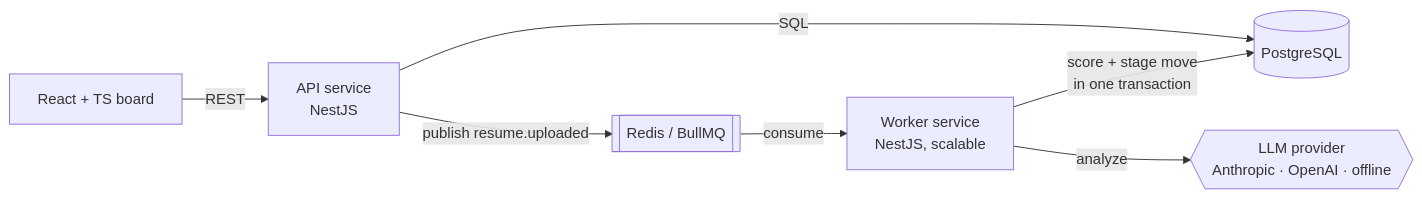
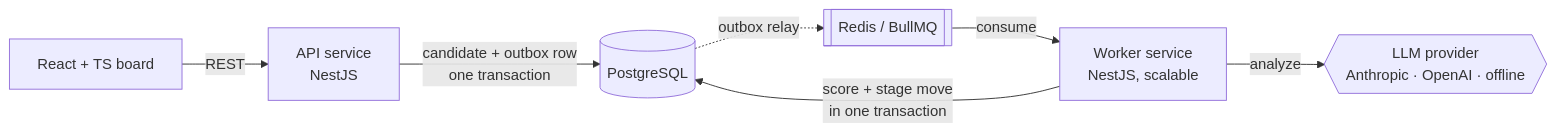
Before and after one commit to Navyamanthena/hireflow: the diagram in README.md, drawn with Mermaid. The commit also changed other lines of this file and 31 other files, not shown here.

````diff
--- a/README.md
+++ b/README.md
@@ -13,9 +15,9 @@
 ```mermaid
 flowchart LR
   W[React + TS board] -->|REST| A[API service<br/>NestJS]
-  A -->|SQL| P[(PostgreSQL)]
-  A -->|publish resume.uploaded| Q[[Redis / BullMQ]]
+  A -->|candidate + outbox row<br/>one transaction| P[(PostgreSQL)]
+  P -.->|outbox relay| Q[[Redis / BullMQ]]
   Q -->|consume| K[Worker service<br/>NestJS, scalable]
   K -->|analyze| L{{LLM provider<br/>Anthropic · OpenAI · offline}}
   K -->|score + stage move<br/>in one transaction| P
 ```
````
